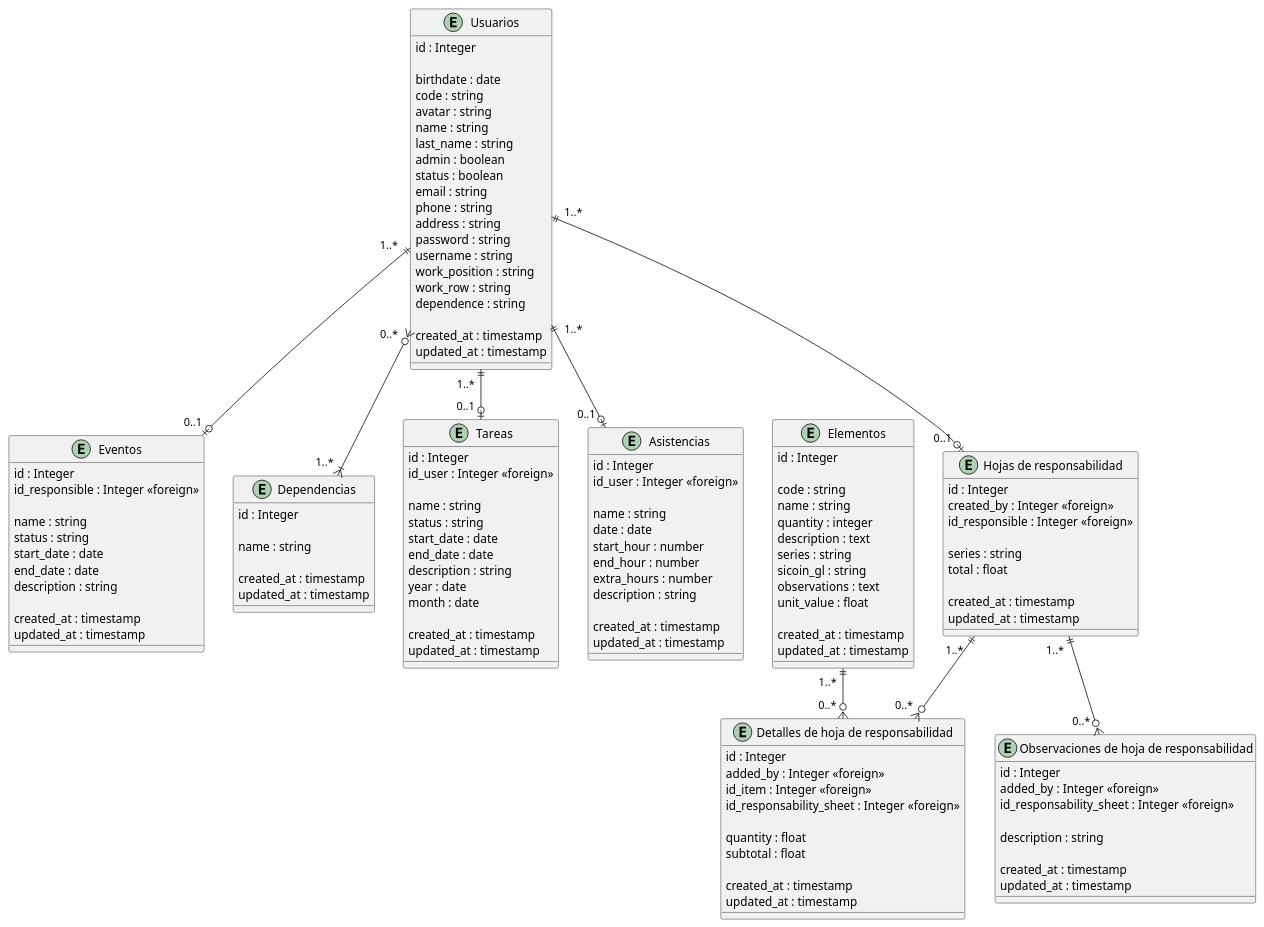
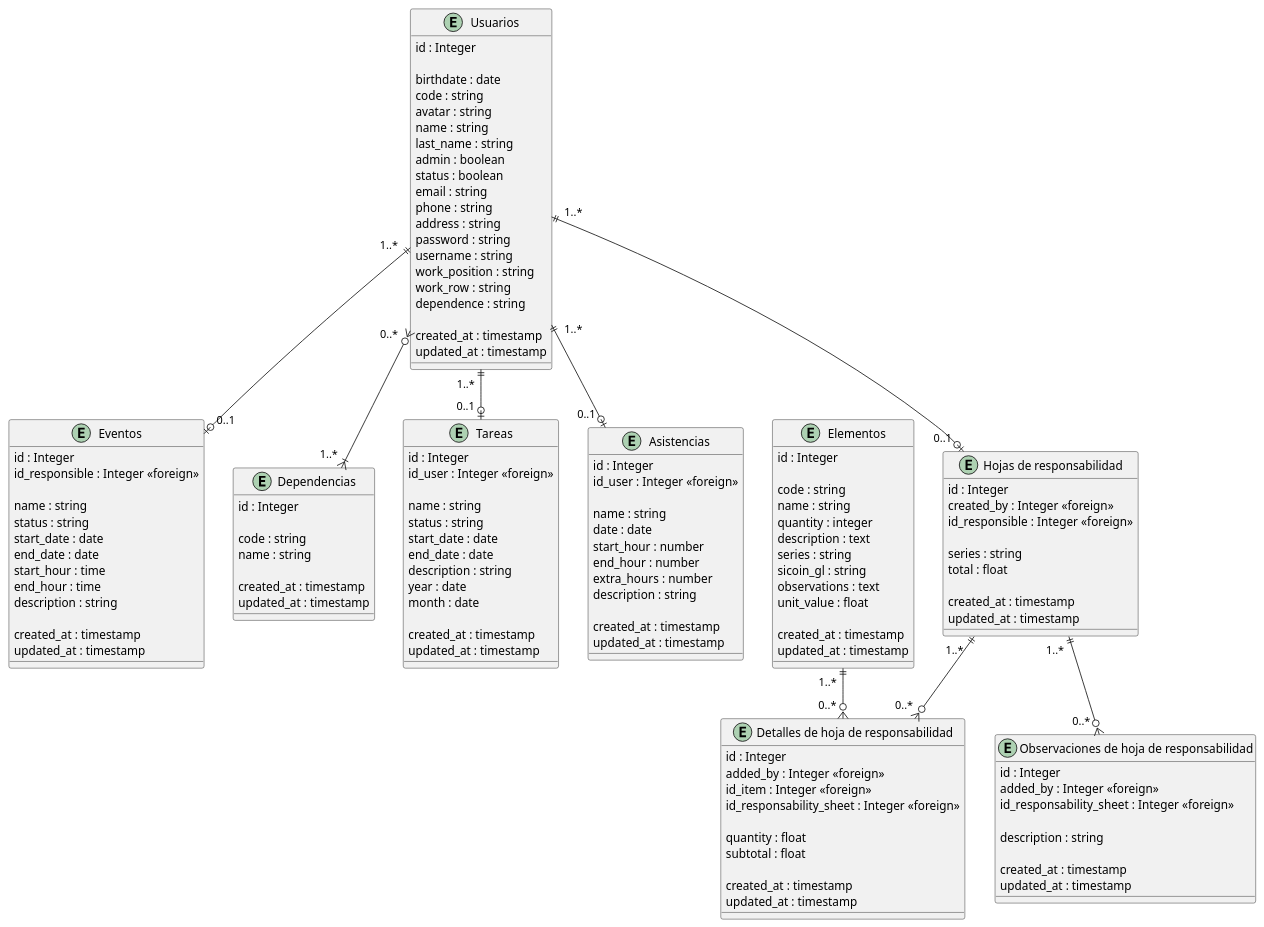
The diagram in docs/Clases/DC 2 - Identificación de entidades.plantuml (JuanVicGT/Responsabilidades), drawn with PlantUML before and after one commit. The commit also changed 35 other files, not shown here.

```diff
--- a/docs/Clases/DC 2 - Identificación de entidades.plantuml
+++ b/docs/Clases/DC 2 - Identificación de entidades.plantuml
@@ -1,145 +1,148 @@
 @startuml "DC 01 - Identificación de entidades"
 
 /' === Fuertes === '/
 entity users as "Usuarios" {
     id : Integer
 
     birthdate : date
     code : string
     avatar : string
     name : string
     last_name : string
     admin : boolean
     status : boolean
     email : string
     phone : string
     address : string
     password : string
     username : string
     work_position : string
     work_row : string
     dependence : string
 
     created_at : timestamp
     updated_at : timestamp
 }
 
 entity events as "Eventos" {
     id : Integer
     id_responsible : Integer <<foreign>>
 
     name : string
     status : string
     start_date : date
     end_date : date
+    start_hour : time
+    end_hour : time
     description : string
 
     created_at : timestamp
     updated_at : timestamp
 }
 
 entity dependences as "Dependencias" {
     id : Integer
 
+    code : string
     name : string
 
     created_at : timestamp
     updated_at : timestamp
 }
 
 entity items as "Elementos" {
     id : Integer
 
     code : string
     name : string
     quantity : integer
     description : text
     series : string
     sicoin_gl : string
     observations : text
     unit_value : float
 
     created_at : timestamp
     updated_at : timestamp
 }
 
 /' === Debiles === '/
 entity todos as "Tareas" {
     id : Integer
     id_user : Integer <<foreign>>
 
     name : string
     status : string
     start_date : date
     end_date : date
     description : string
     year : date
     month : date
 
     created_at : timestamp
     updated_at : timestamp
 }
 
 entity attendances as "Asistencias" {
     id : Integer
     id_user : Integer <<foreign>>
 
     name : string
     date : date
     start_hour : number
     end_hour : number
     extra_hours : number
     description : string
 
     created_at : timestamp
     updated_at : timestamp
 }
 
 entity responsability_sheets as "Hojas de responsabilidad" {
     id : Integer
     created_by : Integer <<foreign>>
     id_responsible : Integer <<foreign>>
 
     series : string
     total : float
 
     created_at : timestamp
     updated_at : timestamp
 }
 
 entity detail_responsibility_sheets as "Detalles de hoja de responsabilidad" {
     id : Integer
     added_by : Integer <<foreign>>
     id_item : Integer <<foreign>>
     id_responsability_sheet : Integer <<foreign>>
 
     quantity : float
     subtotal : float
 
     created_at : timestamp
     updated_at : timestamp
 }
 
 entity observation_responsibility_sheets as "Observaciones de hoja de responsabilidad" {
     id : Integer
     added_by : Integer <<foreign>>
     id_responsability_sheet : Integer <<foreign>>
 
     description : string
 
     created_at : timestamp
     updated_at : timestamp
 }
 
 /' === Relaciones === '/
 users "  0..*  " }o--|{ "  1..*  " dependences
 users "  1..*  " ||--o| "  0..1  " events
 users "  1..*  " ||--o| "  0..1  " todos
 users "  1..*  " ||--o| "  0..1  " attendances
 users "  1..*  " ||--o| "  0..1  " responsability_sheets
 
 responsability_sheets "  1..*  " ||--o{ "  0..*  " detail_responsibility_sheets
 responsability_sheets "  1..*  " ||--o{ "  0..*  " observation_responsibility_sheets
 items "  1..*  " ||--o{ "  0..*  " detail_responsibility_sheets
 
 @enduml
```
